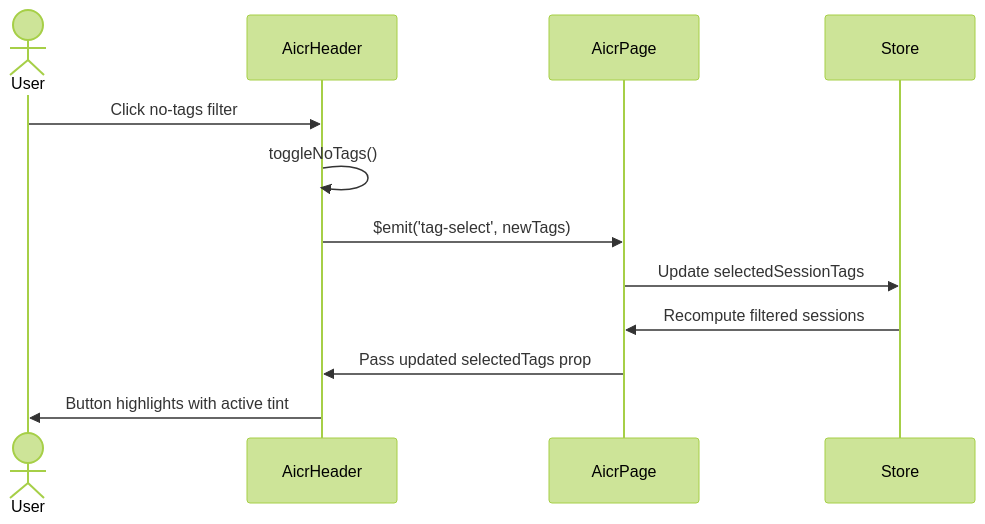
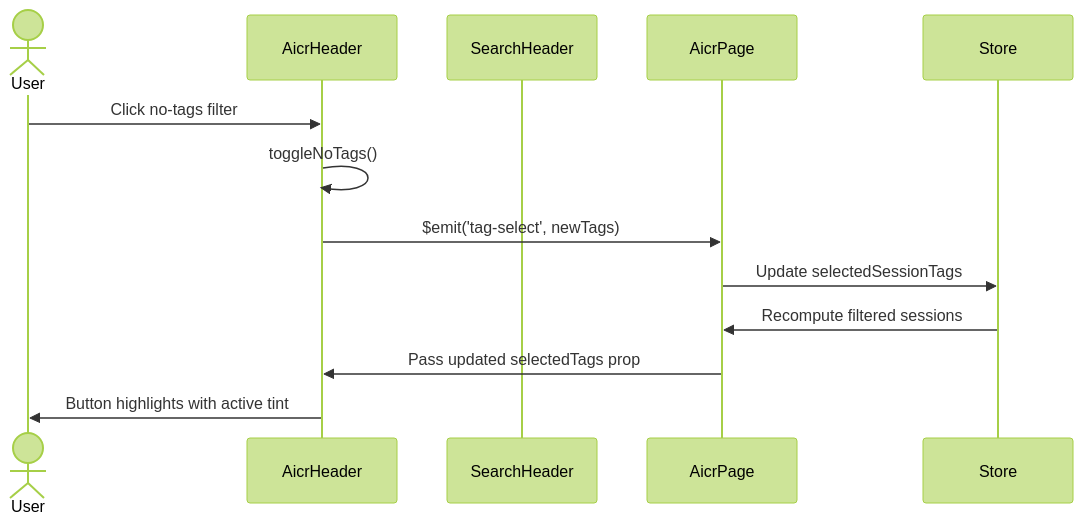
Before and after one commit to effiy/YiWeb: the fourth of 4 diagrams in docs/header-top-row-redesign/02_requirement-tasks.md, drawn with Mermaid (forest theme). The commit also changed other lines of this file and 19 other files, not shown here.

````diff
--- a/docs/header-top-row-redesign/02_requirement-tasks.md
+++ b/docs/header-top-row-redesign/02_requirement-tasks.md
@@ -94,15 +90,16 @@
 ```mermaid
 sequenceDiagram
     actor User
     participant AicrHeader
+    participant SearchHeader
     participant AicrPage
     participant Store
 
     User->>AicrHeader: Click no-tags filter
     AicrHeader->>AicrHeader: toggleNoTags()
     AicrHeader->>AicrPage: $emit('tag-select', newTags)
     AicrPage->>Store: Update selectedSessionTags
     Store->>AicrPage: Recompute filtered sessions
     AicrPage->>AicrHeader: Pass updated selectedTags prop
     AicrHeader->>User: Button highlights with active tint
 ```
````
